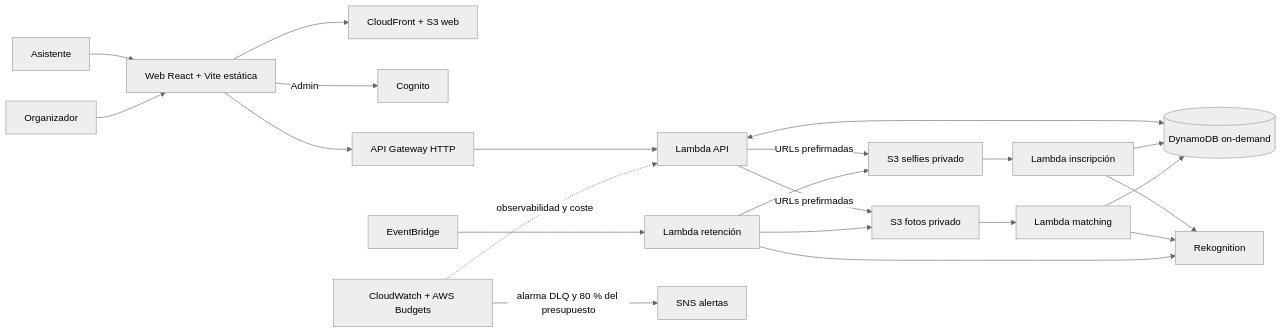
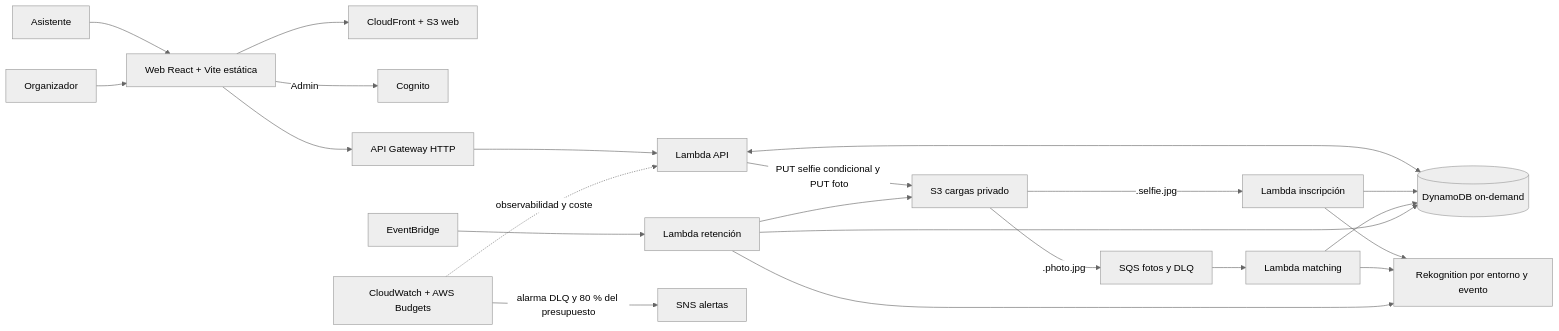
One commit to upc-malvaviscos/findly changed the diagram in README.md. Above: the diagram before and after it, drawn with Mermaid (neutral theme). The commit also changed other lines of this file and 4 other files, not shown here.

Commit message:
docs: align architecture and runbooks with approved cleanup decisions

````diff
--- a/README.md
+++ b/README.md
@@ -18,24 +18,24 @@
 ```mermaid
 flowchart LR
   A[Asistente] --> W[Web React + Vite estática]
   O[Organizador] --> W
   W --> CF[CloudFront + S3 web]
   W -->|Admin| C[Cognito]
   W --> G[API Gateway HTTP]
   G --> API[Lambda API]
   API <--> D[(DynamoDB on-demand)]
-  API -->|URLs prefirmadas| S1[S3 selfies privado]
-  API -->|URLs prefirmadas| S2[S3 fotos privado]
-  S1 --> E[Lambda inscripción]
-  E --> R[Rekognition]
-  S2 --> M[Lambda matching]
+  API -->|PUT selfie condicional y PUT foto| S[S3 cargas privado]
+  S -->|.selfie.jpg| E[Lambda inscripción]
+  E --> R[Rekognition por entorno y evento]
+  S -->|.photo.jpg| Q[SQS fotos y DLQ]
+  Q --> M[Lambda matching]
   M --> R
   E --> D
   M --> D
   EB[EventBridge] --> X[Lambda retención]
-  X --> S1
-  X --> S2
+  X --> S
+  X --> D
   X --> R
   CW[CloudWatch + AWS Budgets] -. observabilidad y coste .-> API
   CW -->|alarma DLQ y 80 % del presupuesto| SNS[SNS alertas]
 ```
````
